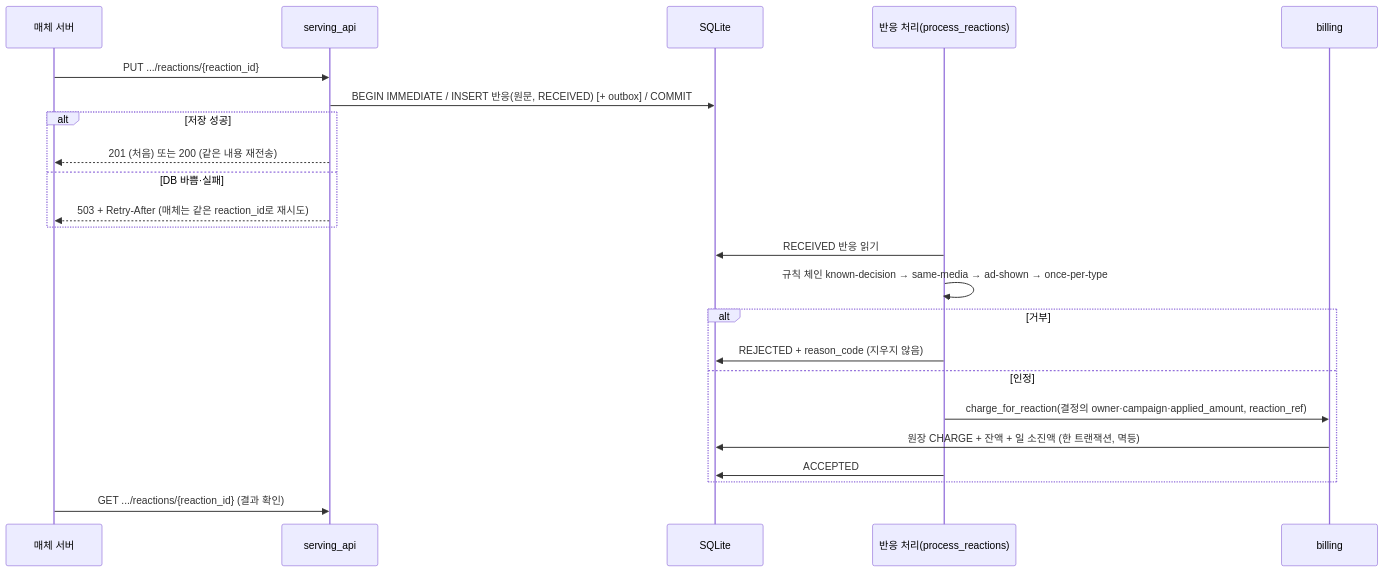
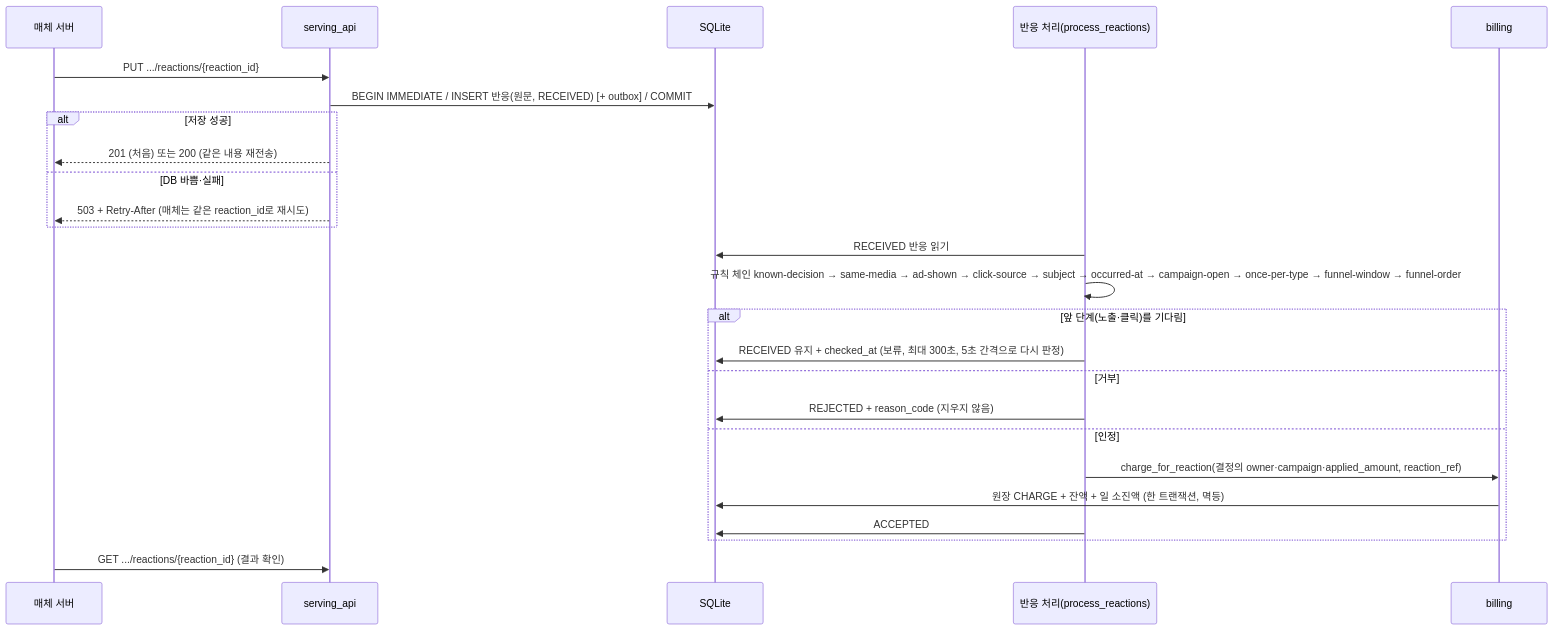
One commit to encore-ai-campus/mlo-01-p3-team2 changed the seventh of 7 diagrams in docs/ads-server/ads-server-drd.md. Above: the diagram before and after it, drawn with Mermaid. The commit also changed other lines of this file and 6 other files, not shown here.

````diff
--- a/docs/ads-server/ads-server-drd.md
+++ b/docs/ads-server/ads-server-drd.md
@@ -833,26 +840,28 @@
 ```mermaid
 sequenceDiagram
     participant M as 매체 서버
     participant S as serving_api
     participant DB as SQLite
     participant P as 반응 처리(process_reactions)
     participant B as billing
 
     M->>S: PUT .../reactions/{reaction_id}
     S->>DB: BEGIN IMMEDIATE / INSERT 반응(원문, RECEIVED) [+ outbox] / COMMIT
     alt 저장 성공
         S-->>M: 201 (처음) 또는 200 (같은 내용 재전송)
     else DB 바쁨·실패
         S-->>M: 503 + Retry-After (매체는 같은 reaction_id로 재시도)
     end
     P->>DB: RECEIVED 반응 읽기
-    P->>P: 규칙 체인 known-decision → same-media → ad-shown → once-per-type
-    alt 거부
+    P->>P: 규칙 체인 known-decision → same-media → ad-shown → click-source → subject → occurred-at → campaign-open → once-per-type → funnel-window → funnel-order
+    alt 앞 단계(노출·클릭)를 기다림
+        P->>DB: RECEIVED 유지 + checked_at (보류, 최대 300초, 5초 간격으로 다시 판정)
+    else 거부
         P->>DB: REJECTED + reason_code (지우지 않음)
     else 인정
         P->>B: charge_for_reaction(결정의 owner·campaign·applied_amount, reaction_ref)
         B->>DB: 원장 CHARGE + 잔액 + 일 소진액 (한 트랜잭션, 멱등)
         P->>DB: ACCEPTED
     end
     M->>S: GET .../reactions/{reaction_id} (결과 확인)
 ```
````
